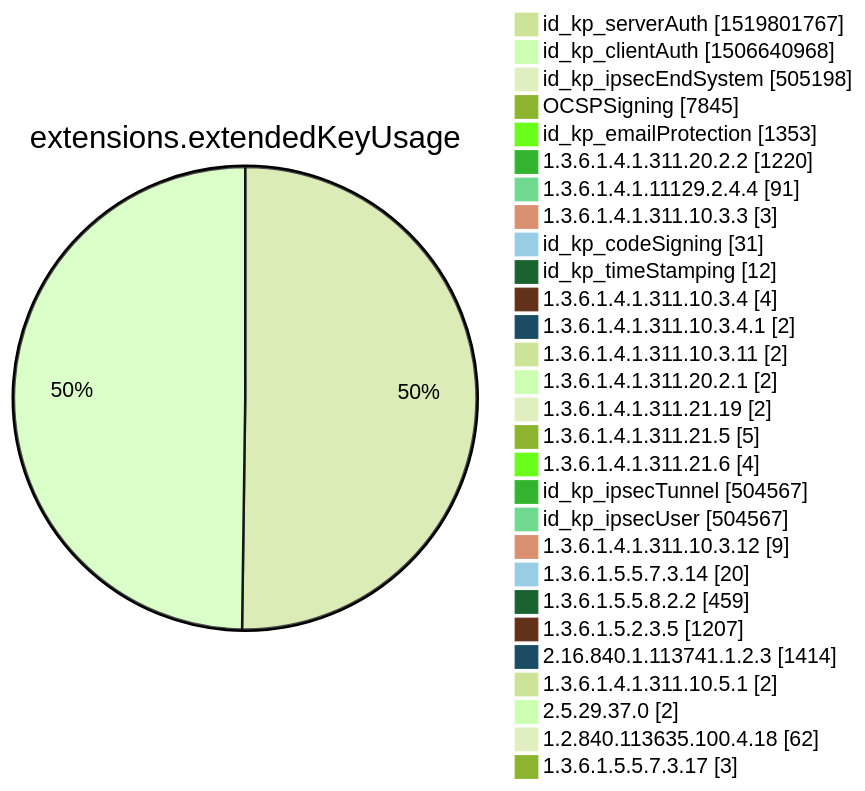
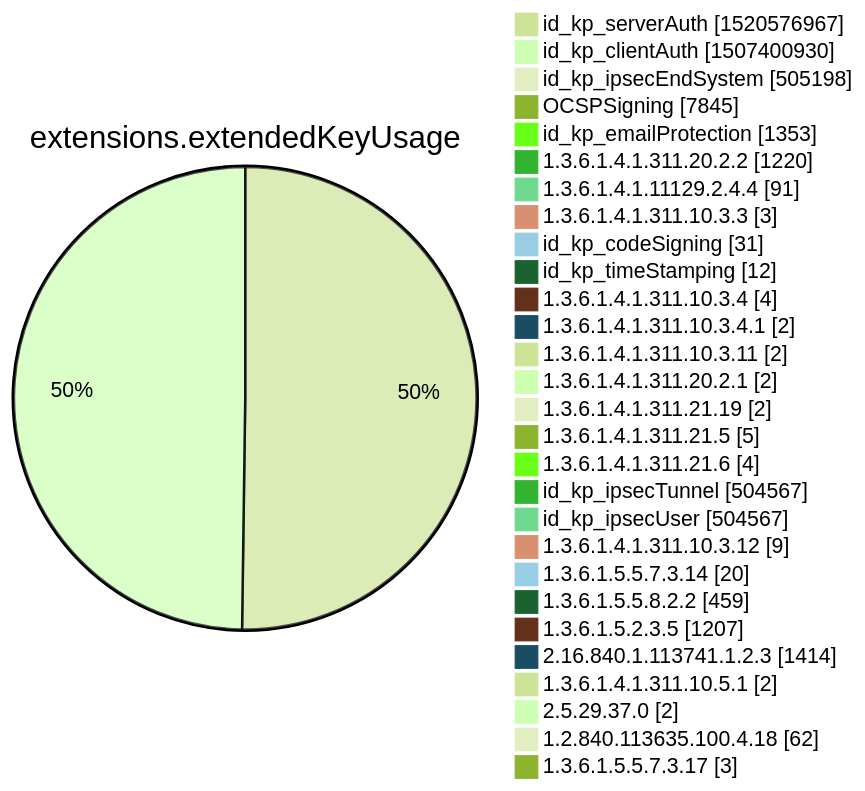
Before and after one commit to christiankrug/ctmonitor_visualization: diagram 12 of 15 in xenon2022/README.md, drawn with Mermaid (forest theme). The commit also changed other lines of this file, not shown here.

````diff
--- a/xenon2022/README.md
+++ b/xenon2022/README.md
@@ -3877,32 +3877,32 @@
 ```mermaid
 pie showData
 title extensions.extendedKeyUsage
-"id_kp_serverAuth" :1519801767
-"id_kp_clientAuth" :1506640968
+"id_kp_serverAuth" :1520576967
+"id_kp_clientAuth" :1507400930
 "id_kp_ipsecEndSystem" :505198
 "OCSPSigning" :7845
 "id_kp_emailProtection" :1353
 "1.3.6.1.4.1.311.20.2.2" :1220
 "1.3.6.1.4.1.11129.2.4.4" :91
 "1.3.6.1.4.1.311.10.3.3" :3
 "id_kp_codeSigning" :31
 "id_kp_timeStamping" :12
 "1.3.6.1.4.1.311.10.3.4" :4
 "1.3.6.1.4.1.311.10.3.4.1" :2
 "1.3.6.1.4.1.311.10.3.11" :2
 "1.3.6.1.4.1.311.20.2.1" :2
 "1.3.6.1.4.1.311.21.19" :2
 "1.3.6.1.4.1.311.21.5" :5
 "1.3.6.1.4.1.311.21.6" :4
 "id_kp_ipsecTunnel" :504567
 "id_kp_ipsecUser" :504567
 "1.3.6.1.4.1.311.10.3.12" :9
 "1.3.6.1.5.5.7.3.14" :20
 "1.3.6.1.5.5.8.2.2" :459
 "1.3.6.1.5.2.3.5" :1207
 "2.16.840.1.113741.1.2.3" :1414
 "1.3.6.1.4.1.311.10.5.1" :2
 "2.5.29.37.0" :2
 "1.2.840.113635.100.4.18" :62
 "1.3.6.1.5.5.7.3.17" :3
 ```
````
